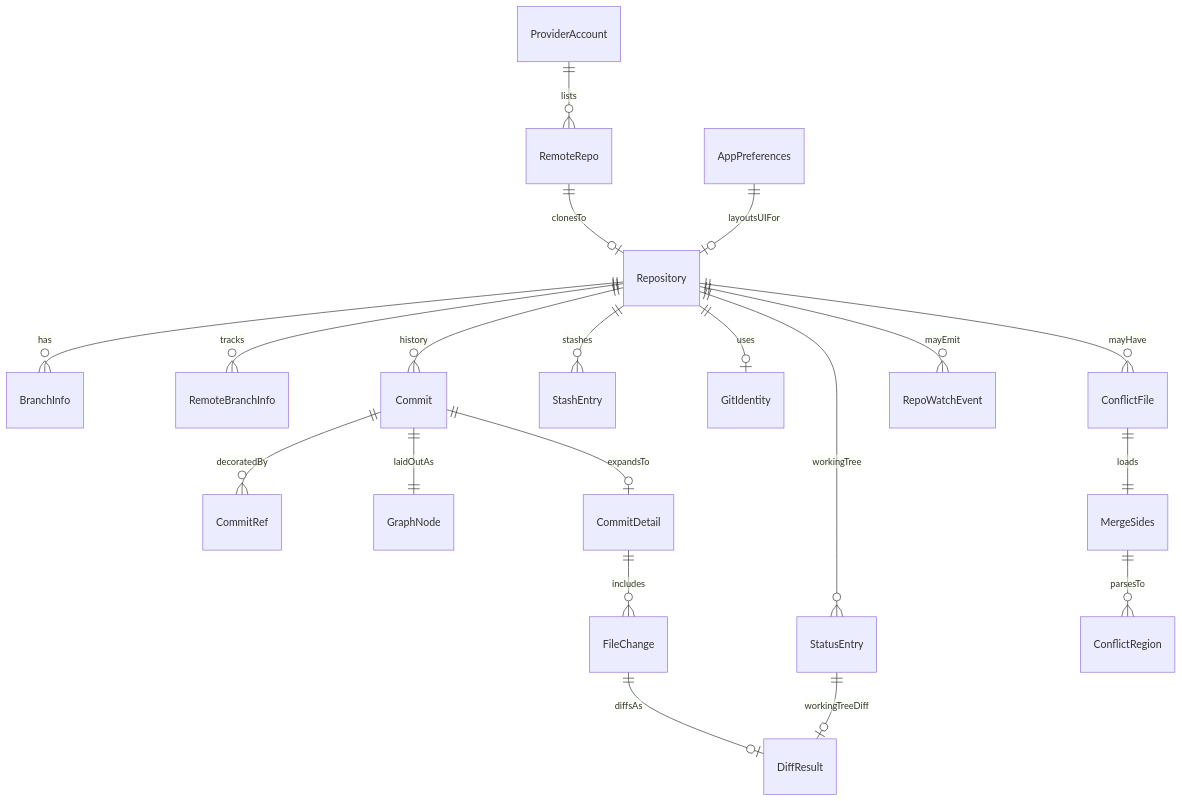
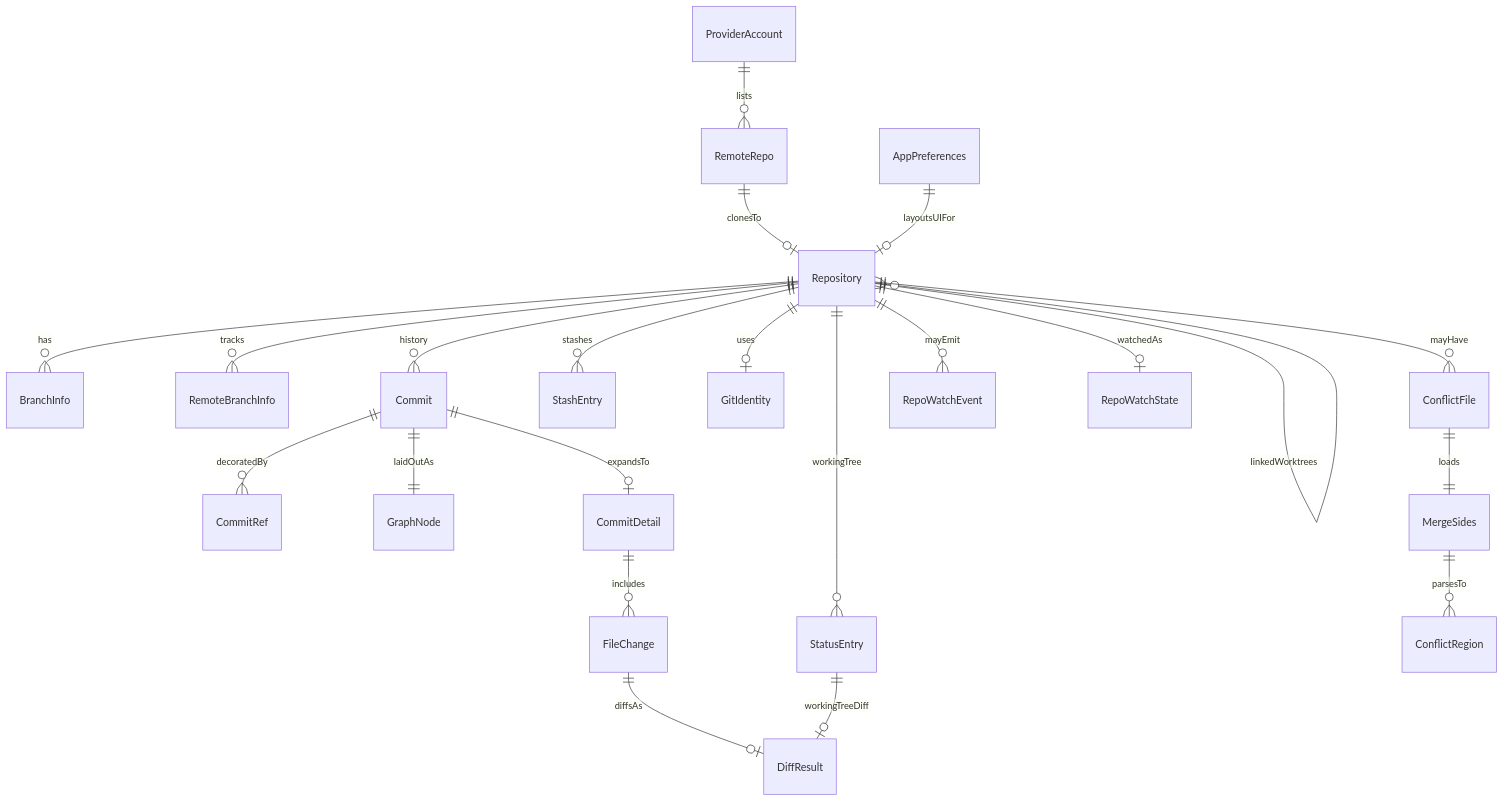
One commit to Maks417/GitManager changed the diagram in docs/domain-model.md. Above: the diagram before and after it, drawn with Mermaid. The commit also changed other lines of this file and 72 other files, not shown here.

````diff
--- a/docs/domain-model.md
+++ b/docs/domain-model.md
@@ -40,22 +49,24 @@
 ```mermaid
 erDiagram
   Repository ||--o{ BranchInfo : has
   Repository ||--o{ RemoteBranchInfo : tracks
   Repository ||--o{ Commit : history
   Repository ||--o{ StatusEntry : workingTree
   Repository ||--o{ StashEntry : stashes
   Repository ||--o| GitIdentity : uses
+  Repository ||--o{ Repository : linkedWorktrees
   Commit ||--o{ CommitRef : decoratedBy
   Commit ||--|| GraphNode : laidOutAs
   Commit ||--o| CommitDetail : expandsTo
   CommitDetail ||--o{ FileChange : includes
   FileChange ||--o| DiffResult : diffsAs
   StatusEntry ||--o| DiffResult : workingTreeDiff
   Repository ||--o{ ConflictFile : mayHave
   ConflictFile ||--|| MergeSides : loads
   MergeSides ||--o{ ConflictRegion : parsesTo
   ProviderAccount ||--o{ RemoteRepo : lists
   RemoteRepo ||--o| Repository : clonesTo
   AppPreferences ||--o| Repository : layoutsUIFor
   Repository ||--o{ RepoWatchEvent : mayEmit
+  Repository ||--o| RepoWatchState : watchedAs
 ```
````
